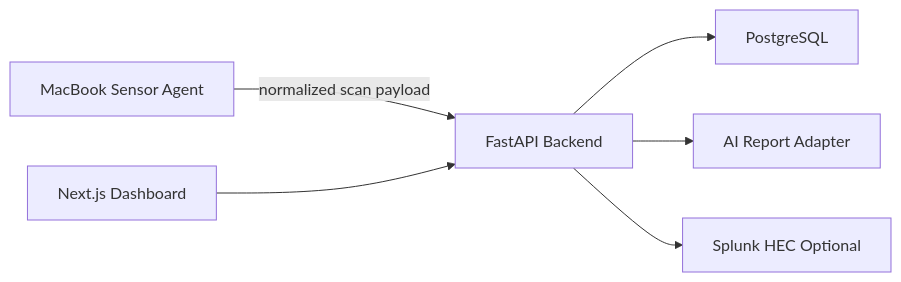
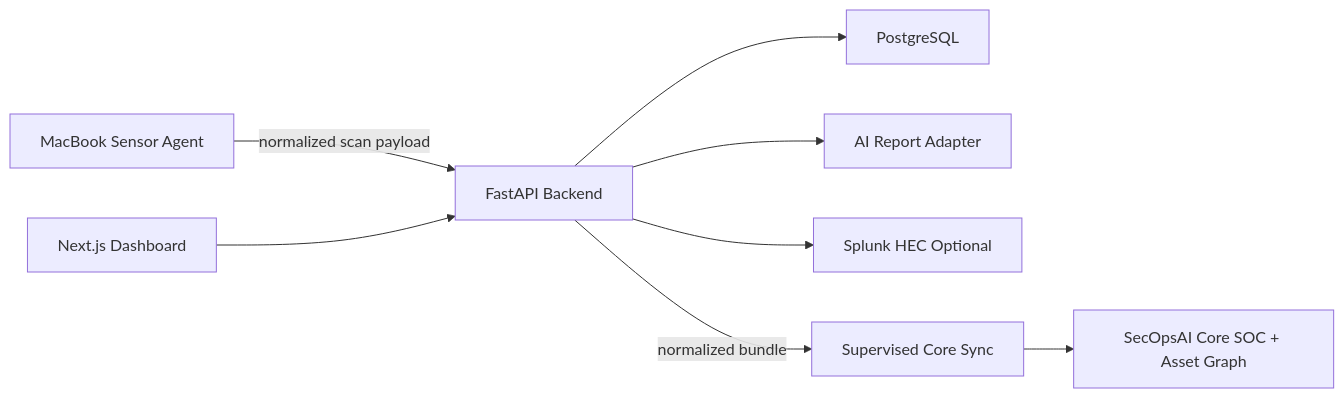
Before and after one commit to Techris93/secopsai-edge: the diagram in docs/architecture.md, drawn with Mermaid. The commit also changed other lines of this file and 9 other files, not shown here.

Commit message:
Automate supervised Edge to Core sync

````diff
--- a/docs/architecture.md
+++ b/docs/architecture.md
@@ -5,8 +5,10 @@
 ```mermaid
 flowchart LR
   MacBook["MacBook Sensor Agent"] -->|normalized scan payload| API["FastAPI Backend"]
   API --> DB["PostgreSQL"]
   API --> AI["AI Report Adapter"]
   API --> Splunk["Splunk HEC Optional"]
   Web["Next.js Dashboard"] --> API
+  API -->|"normalized bundle"| Sync["Supervised Core Sync"]
+  Sync --> Core["SecOpsAI Core SOC + Asset Graph"]
 ```
````
